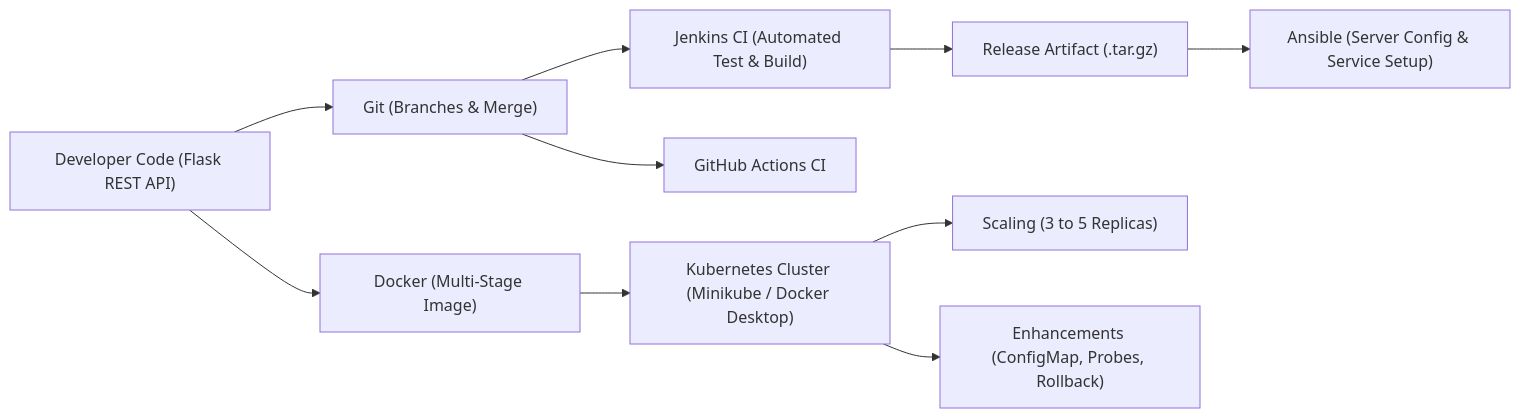
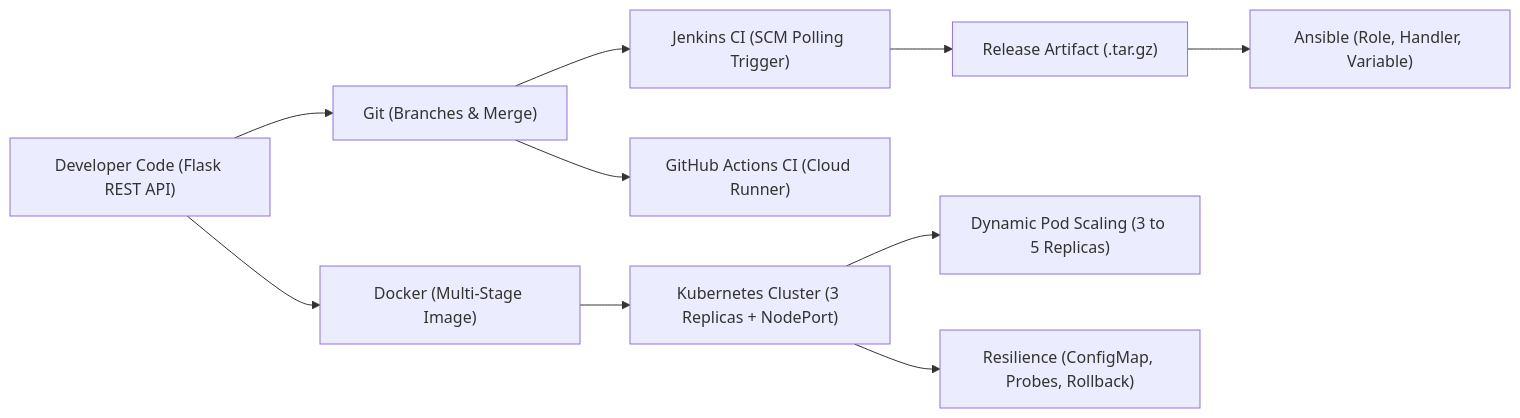
The diagram in README.md (brutalist-112/campus-lab-devops-pipeline), drawn with Mermaid before and after one commit. The commit also changed other lines of this file, not shown here.

Commit message:
docs: polish README with clean abstract, architecture, and pipeline walkthrough without course rubrics

````diff
--- a/README.md
+++ b/README.md
@@ -13,12 +23,12 @@
 ```mermaid
 flowchart LR
     A["Developer Code (Flask REST API)"] --> B["Git (Branches & Merge)"]
-    B --> C["Jenkins CI (Automated Test & Build)"]
-    B --> D["GitHub Actions CI"]
+    B --> C["Jenkins CI (SCM Polling Trigger)"]
+    B --> D["GitHub Actions CI (Cloud Runner)"]
     C --> E["Release Artifact (.tar.gz)"]
-    E --> F["Ansible (Server Config & Service Setup)"]
+    E --> F["Ansible (Role, Handler, Variable)"]
     A --> G["Docker (Multi-Stage Image)"]
-    G --> H["Kubernetes Cluster (Minikube / Docker Desktop)"]
-    H --> I["Scaling (3 to 5 Replicas)"]
-    H --> J["Enhancements (ConfigMap, Probes, Rollback)"]
+    G --> H["Kubernetes Cluster (3 Replicas + NodePort)"]
+    H --> I["Dynamic Pod Scaling (3 to 5 Replicas)"]
+    H --> J["Resilience (ConfigMap, Probes, Rollback)"]
 ```
````
